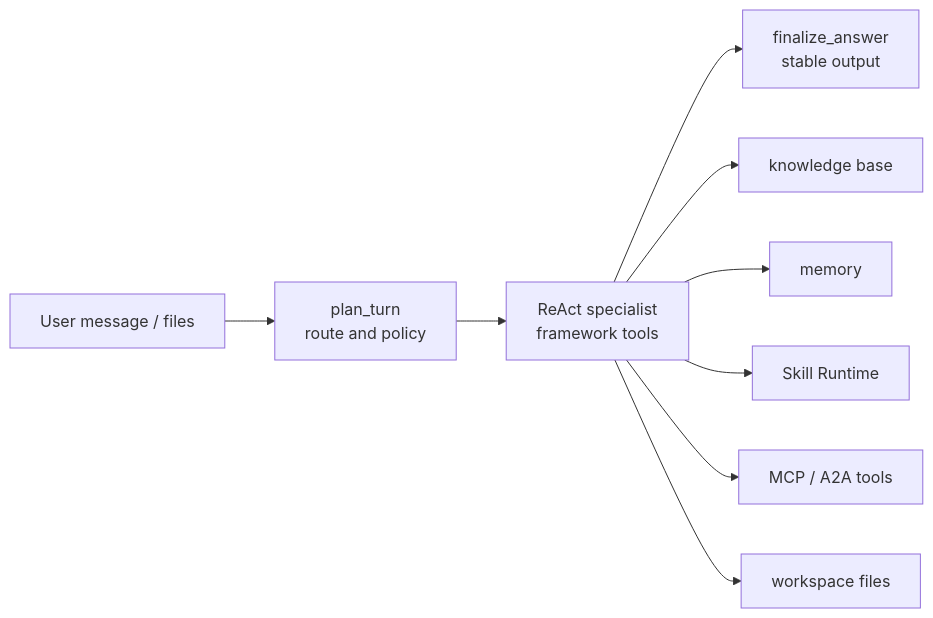
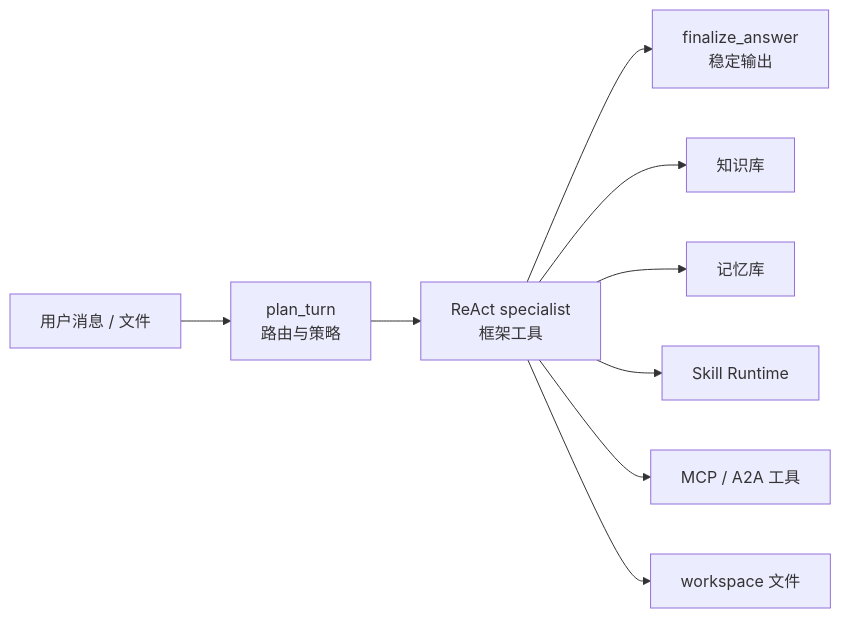
Before and after one commit to kingsoftcloud/ksadk-python: the diagram in public-docs/guides/agent-best-practices.md, drawn with Mermaid. The commit also changed other lines of this file and 107 other files, not shown here.

````diff
--- a/public-docs/guides/agent-best-practices.md
+++ b/public-docs/guides/agent-best-practices.md
@@ -13,11 +11,11 @@
 ```mermaid
 flowchart LR
-  User["User message / files"] --> Plan["plan_turn<br/>route and policy"]
-  Plan --> Specialist["ReAct specialist<br/>framework tools"]
-  Specialist --> Final["finalize_answer<br/>stable output"]
-  Specialist --> KB["knowledge base"]
-  Specialist --> Mem["memory"]
+  User["用户消息 / 文件"] --> Plan["plan_turn<br/>路由与策略"]
+  Plan --> Specialist["ReAct specialist<br/>框架工具"]
+  Specialist --> Final["finalize_answer<br/>稳定输出"]
+  Specialist --> KB["知识库"]
+  Specialist --> Mem["记忆库"]
   Specialist --> Skills["Skill Runtime"]
-  Specialist --> MCP["MCP / A2A tools"]
-  Specialist --> Workspace["workspace files"]
+  Specialist --> MCP["MCP / A2A 工具"]
+  Specialist --> Workspace["workspace 文件"]
 ```
````
